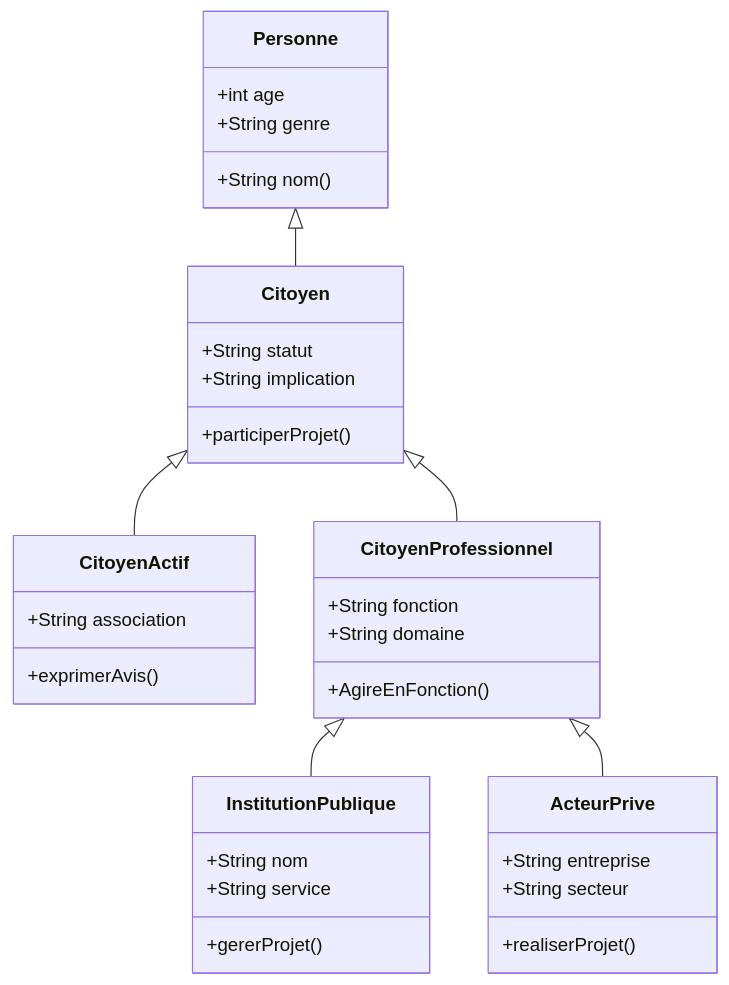
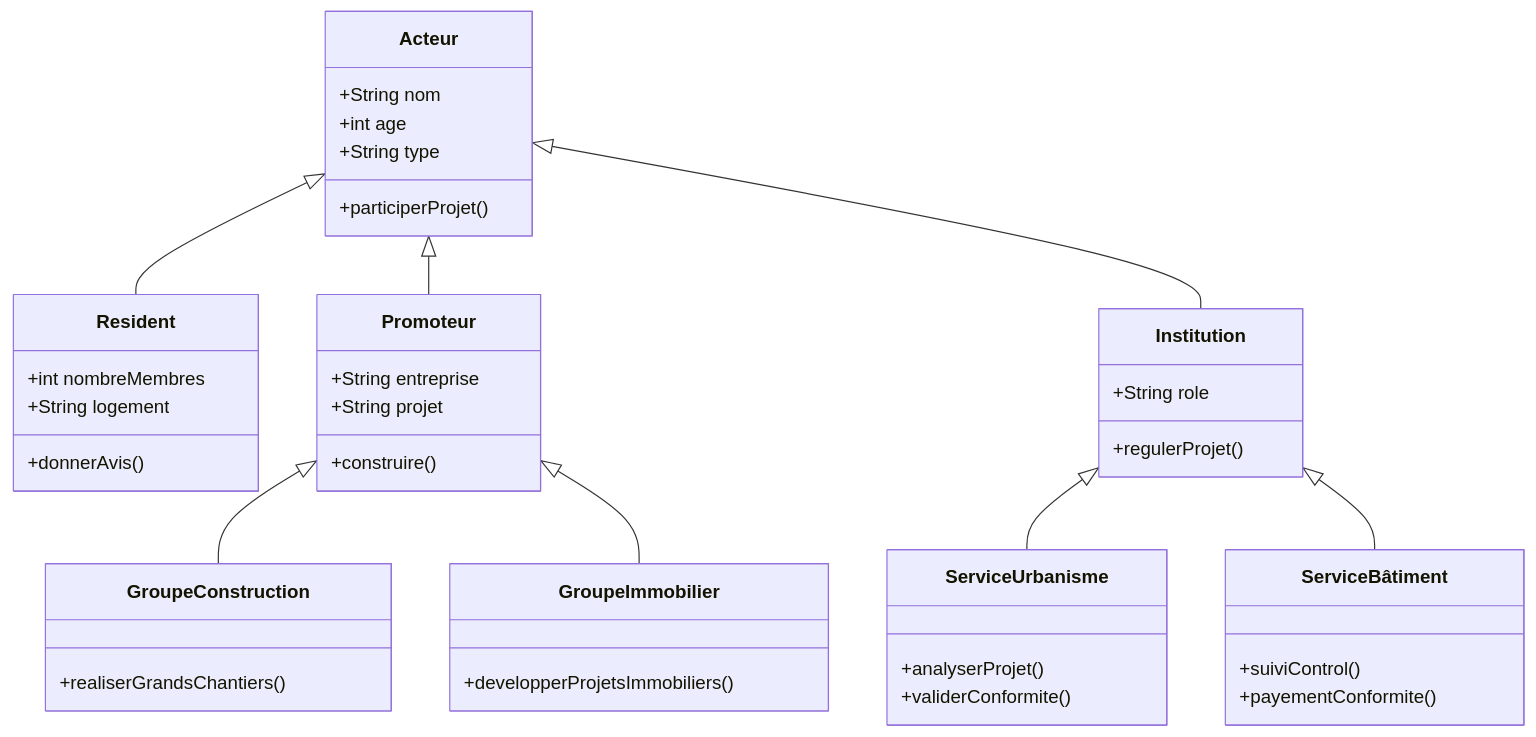
One commit to kahiarchi/plaine---saint--Denis---batiment- changed the diagram in ecostatTGY95.md. Above: the diagram before and after it, drawn with Mermaid.

````diff
--- a/ecostatTGY95.md
+++ b/ecostatTGY95.md
@@ -109,40 +96,56 @@
 ```mermaid
 classDiagram
-    Personne <|-- Citoyen
-    Citoyen <|-- CitoyenActif
-    Citoyen <|-- CitoyenProfessionnel
+       
+    class Acteur {
+        +String nom
+        +int age
+        +String type
+        +participerProjet()
+    }
 
-    CitoyenProfessionnel <|-- InstitutionPublique
-    CitoyenProfessionnel <|-- ActeurPrive
+    Acteur <|-- Resident
+    Acteur <|-- Promoteur
+    Acteur <|-- Institution
 
-  class Personne {
-     +int age
-     +String genre
-     +String nom ()
+    class Resident {
+        +int nombreMembres
+        +String logement
+        +donnerAvis()
     }
-  class Citoyen {
-     +String statut 
-     +String implication
-     +participerProjet()
+
+    class Promoteur {
+        +String entreprise
+        +String projet
+        +construire()
     }
-  class CitoyenActif{
-          +String association
-          +exprimerAvis()
-          }
-    class CitoyenProfessionnel{
-      +String fonction
-      +String domaine
-      +AgireEnFonction()
-     }
-   class InstitutionPublique{
-      +String nom
-      +String service
-      +gererProjet()
-     }
-   class ActeurPrive{
-      +String entreprise
-      +String secteur
-      +realiserProjet()
-     }
-  
+
+    Promoteur <|-- GroupeConstruction
+    Promoteur <|-- GroupeImmobilier
+
+    class GroupeConstruction {
+        +realiserGrandsChantiers()
+    }
+
+    class GroupeImmobilier {
+        +developperProjetsImmobiliers()
+    }
+
+    class Institution {
+        +String role
+        +regulerProjet()
+    }
+
+    Institution <|-- ServiceUrbanisme
+    Institution <|-- ServiceBâtiment
+
+
+    class ServiceUrbanisme {
+        +analyserProjet()
+        +validerConformite()
+    }
+     class ServiceBâtiment {
+        +suiviControl()
+        +payementConformite()
+    }
+
 ```
````
